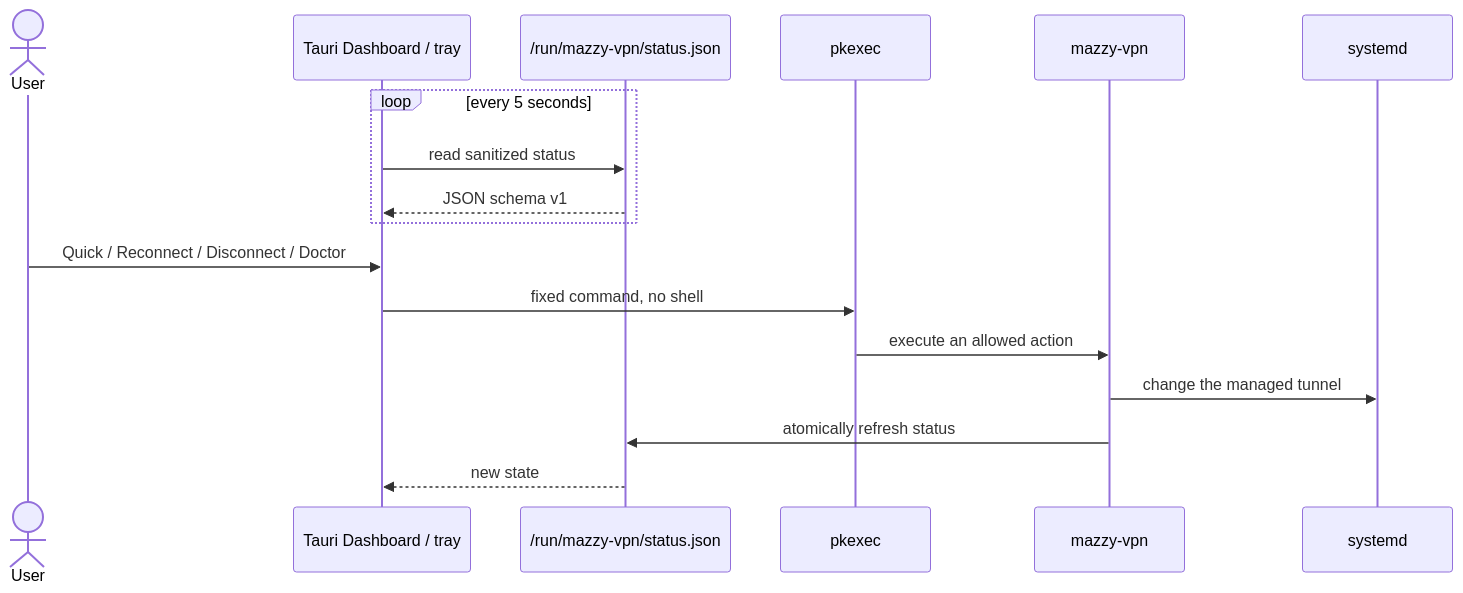
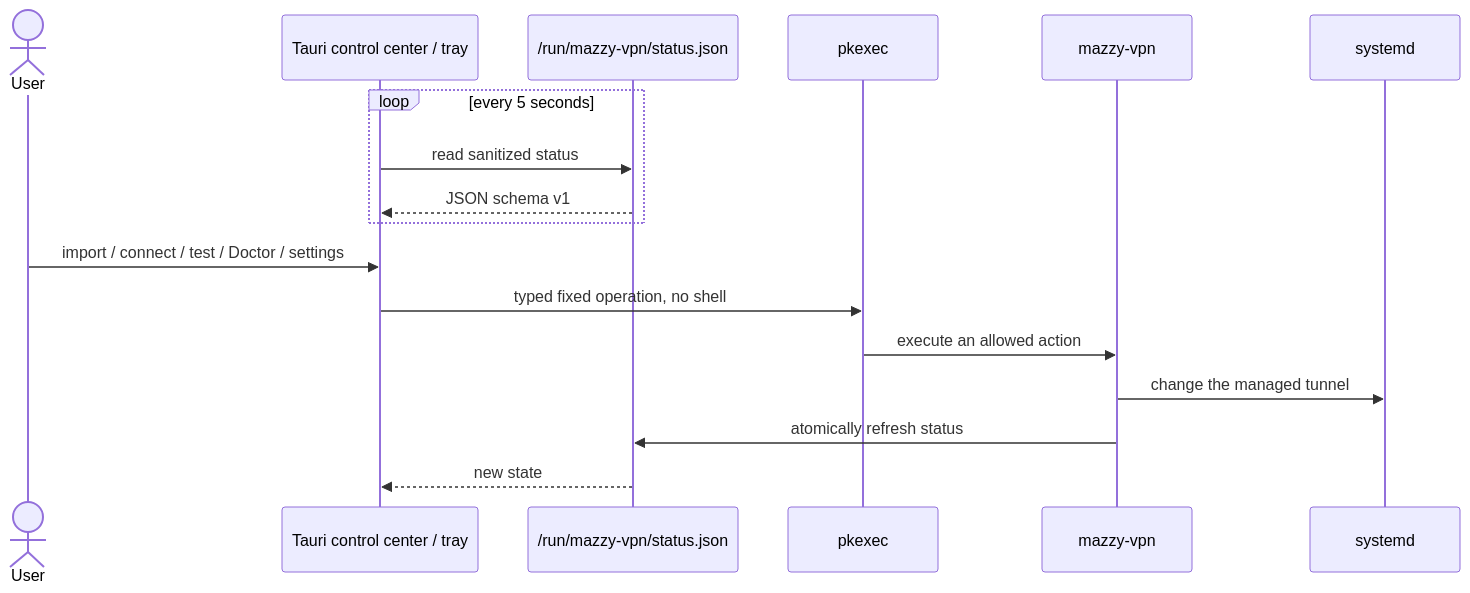
Before and after one commit to mazurovn/mazzy-vpn: the second of 5 diagrams in docs/ARCHITECTURE.en.md, drawn with Mermaid. The commit also changed other lines of this file and 45 other files, not shown here.

First line of the commit message:
Desktop Linux control center 0.2 and cross-platform release plan (#21)

````diff
--- a/docs/ARCHITECTURE.en.md
+++ b/docs/ARCHITECTURE.en.md
@@ -112,20 +117,20 @@
 ```mermaid
 sequenceDiagram
     actor User
-    participant UI as Tauri Dashboard / tray
+    participant UI as Tauri control center / tray
     participant Cache as /run/mazzy-vpn/status.json
     participant PK as pkexec
     participant CLI as mazzy-vpn
     participant SD as systemd
 
     loop every 5 seconds
         UI->>Cache: read sanitized status
         Cache-->>UI: JSON schema v1
     end
-    User->>UI: Quick / Reconnect / Disconnect / Doctor
-    UI->>PK: fixed command, no shell
+    User->>UI: import / connect / test / Doctor / settings
+    UI->>PK: typed fixed operation, no shell
     PK->>CLI: execute an allowed action
     CLI->>SD: change the managed tunnel
     CLI->>Cache: atomically refresh status
     Cache-->>UI: new state
 ```
````
